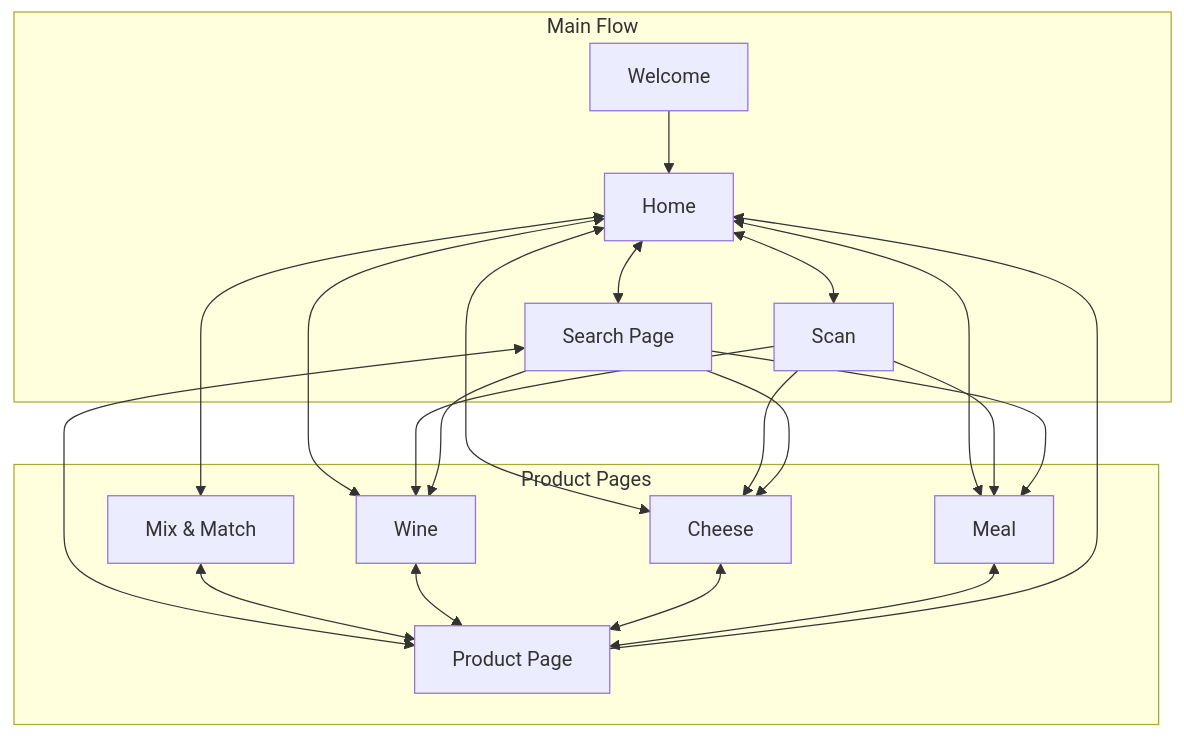
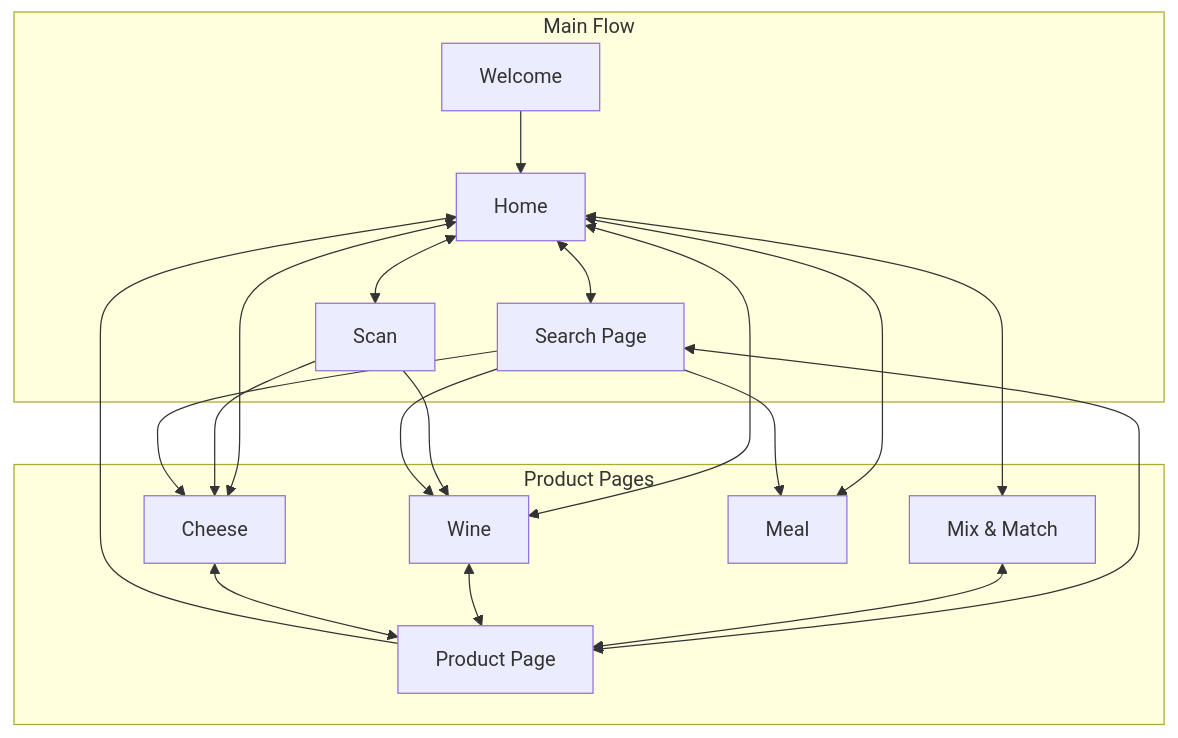
One commit to algosup/2024-2025-project-5-bubble-intermarche-team-4 changed the first of 3 diagrams in documents/technical/TechnicalSpecifications.md. Above: the diagram before and after it, drawn with Mermaid. The commit also changed other lines of this file, not shown here.

````diff
--- a/documents/technical/TechnicalSpecifications.md
+++ b/documents/technical/TechnicalSpecifications.md
@@ -67,45 +111,43 @@
 ```mermaid
 graph TD
     %% Main Flow
     subgraph MainFlow [Main Flow]
         A[Welcome]
         B[Home]
         C[Scan]
         D[Search Page]
     end
 
     %% Product Pages
     subgraph ProductPages [Product Pages]
         E[Mix & Match]
         F[Wine]
         G[Cheese]
         H[Meal]
         I[Product Page]
     end
 
     %% Connections
     A --> B
     B <--> C
     B <--> D
     B <--> E
     B <--> F
     B <--> G
     B <--> H
 
     C --> F
     C --> G
-    C --> H
 
     D --> F
     D --> G
     D --> H
     D <--> I
 
     E <--> I
     F <--> I
     G <--> I
-    H <--> I
 
     I --> B
     
 ```
````
